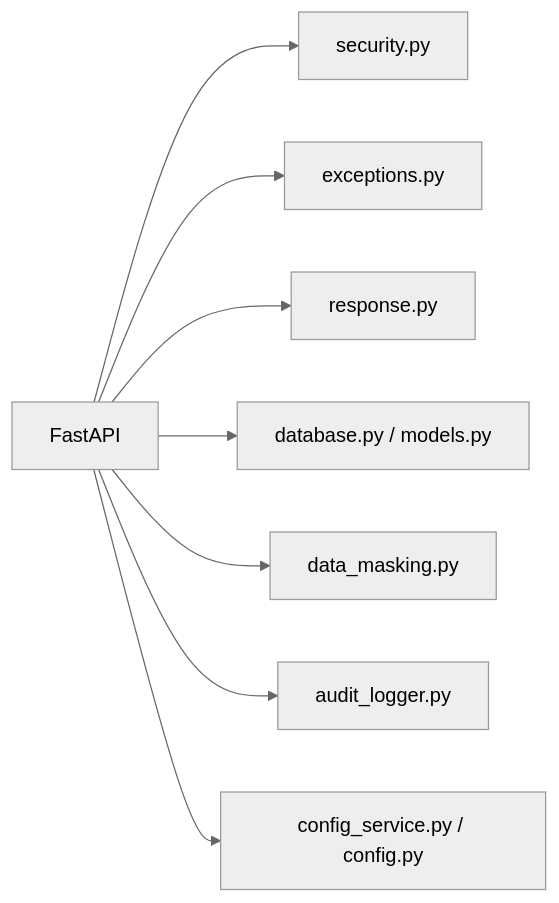
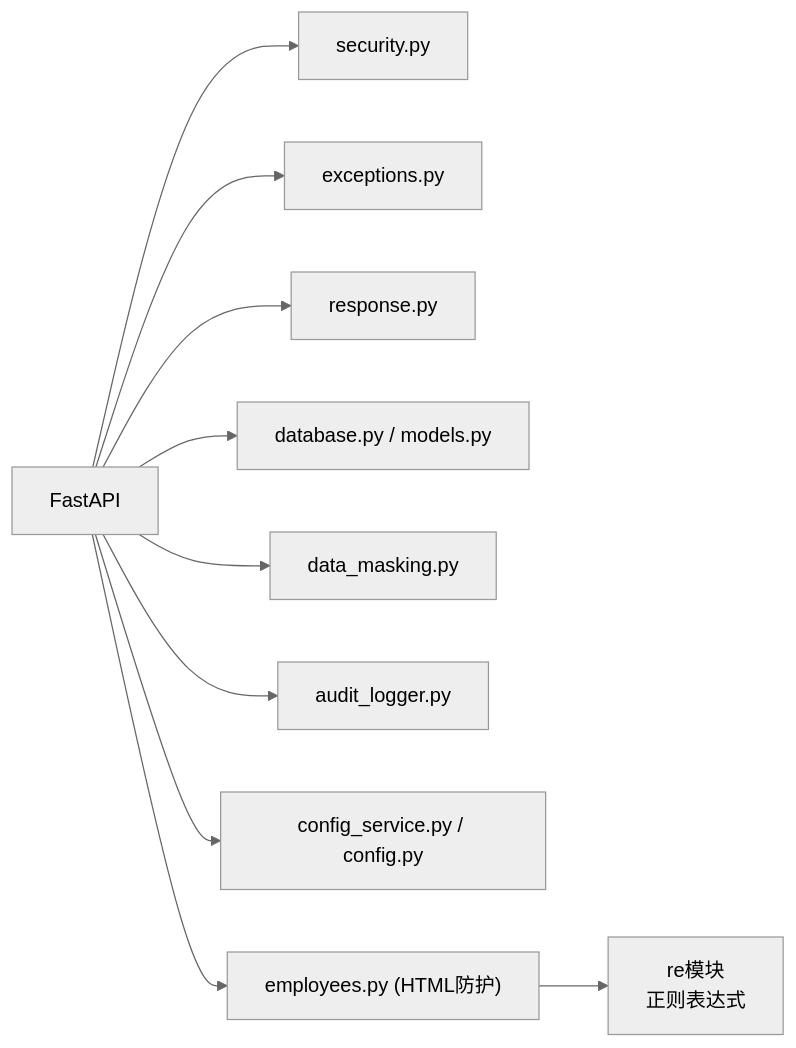
The eighth of 8 diagrams in .qoder/repowiki/zh/content/系统架构/安全架构设计/安全防护措施.md (xgd561/performance_evaluation_system), drawn with Mermaid (neutral theme) before and after one commit. The commit also changed other lines of this file and 136 other files, not shown here.

````diff
--- a/.qoder/repowiki/zh/content/系统架构/安全架构设计/安全防护措施.md
+++ b/.qoder/repowiki/zh/content/系统架构/安全架构设计/安全防护措施.md
@@ -323,10 +399,12 @@
 ```mermaid
 graph LR
 FastAPI["FastAPI"] --> Security["security.py"]
 FastAPI --> Exceptions["exceptions.py"]
 FastAPI --> Response["response.py"]
 FastAPI --> DB["database.py / models.py"]
 FastAPI --> Mask["data_masking.py"]
 FastAPI --> Audit["audit_logger.py"]
 FastAPI --> Config["config_service.py / config.py"]
+FastAPI --> Employee["employees.py (HTML防护)"]
+Employee --> Regex["re模块<br/>正则表达式"]
 ```
````
